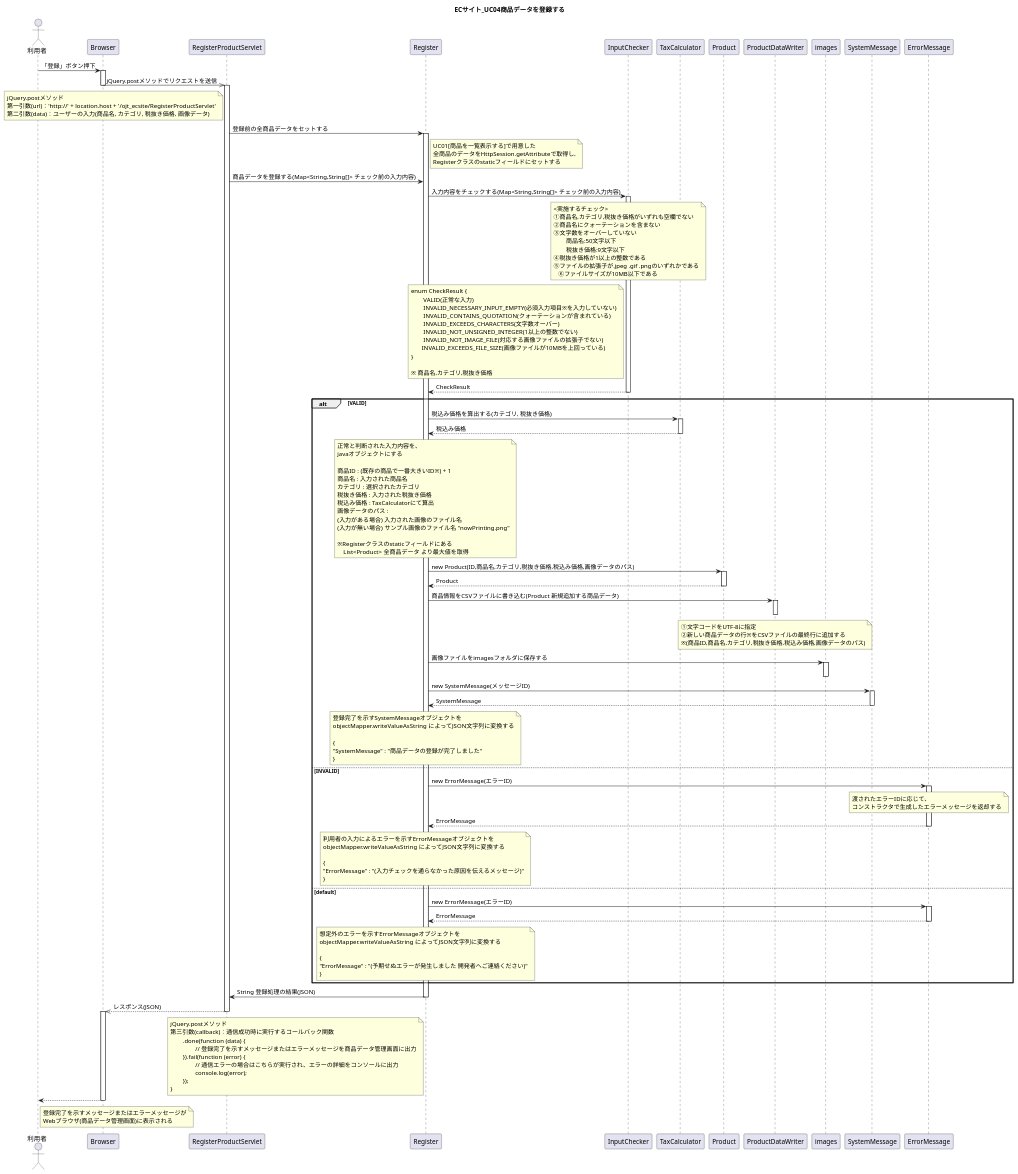
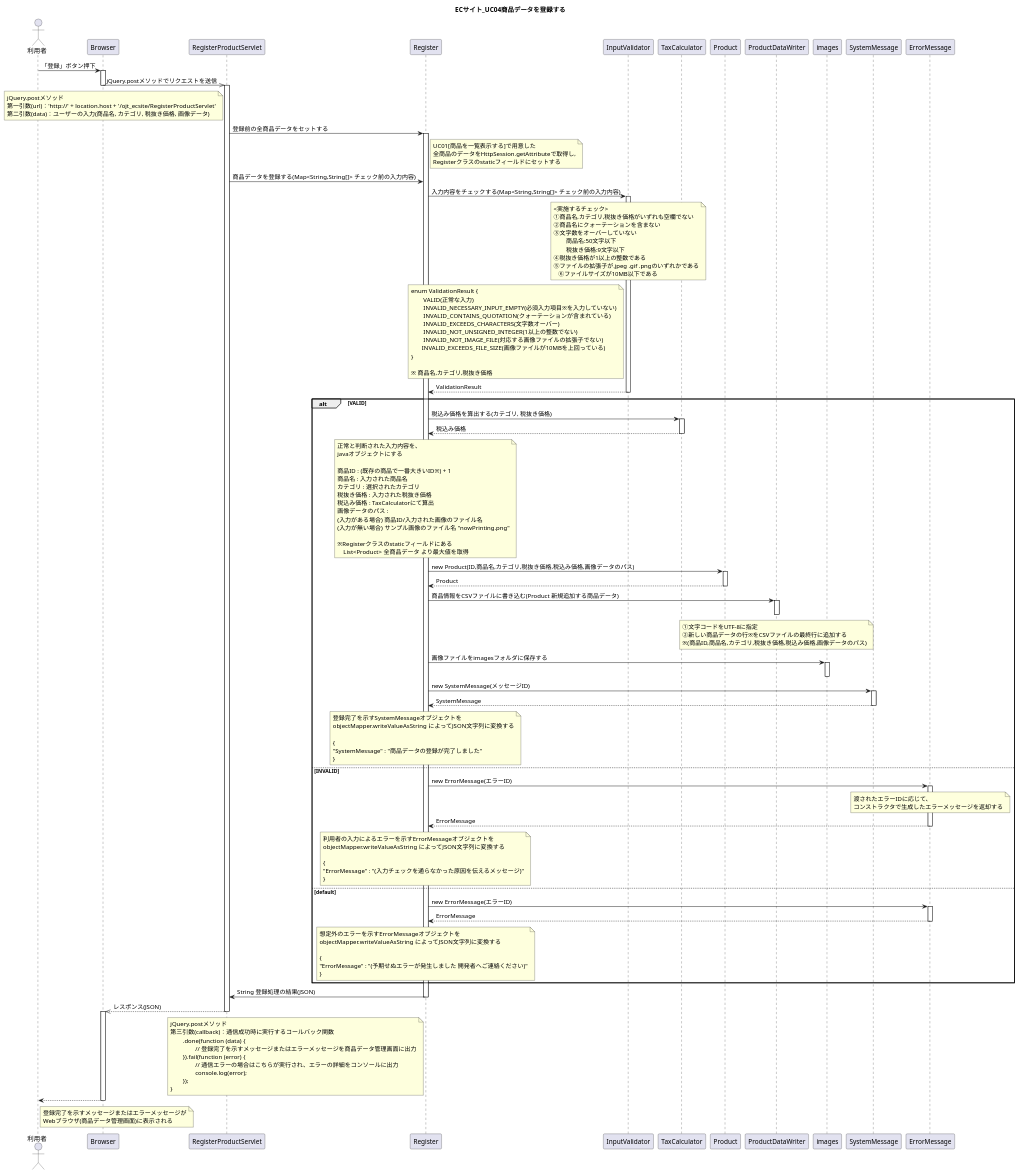
Before and after one commit to wnakayama/ojt_ecsite: the diagram in UML/Sequence04.puml, drawn with PlantUML. The commit also changed 3 other files, not shown here.

```diff
--- a/UML/Sequence04.puml
+++ b/UML/Sequence04.puml
@@ -1,184 +1,184 @@
 @startuml
 title ECサイト_UC04商品データを登録する
 
 actor 利用者
 
 利用者 -> Browser : 「登録」ボタン押下
 activate Browser
 
 Browser ->> RegisterProductServlet : jQuery.postメソッドでリクエストを送信
 deactivate Browser
 activate RegisterProductServlet
 
 	note left of RegisterProductServlet
 	jQuery.postメソッド
 	第一引数(url)：'http://' + location.host + '/ojt_ecsite/RegisterProductServlet'
 	第二引数(data)：ユーザーの入力(商品名, カテゴリ, 税抜き価格, 画像データ)
 	end note
 
 RegisterProductServlet -> Register : 登録前の全商品データをセットする
 activate Register
 	note right of Register
 	UC01[商品を一覧表示する]で用意した
 	全商品のデータをHttpSession.getAttributeで取得し,
 	Registerクラスのstaticフィールドにセットする
 	end note
 
 RegisterProductServlet -> Register : 商品データを登録する(Map<String,String[]> チェック前の入力内容)
-Register -> InputChecker : 入力内容をチェックする(Map<String,String[]> チェック前の入力内容)
-activate InputChecker
+Register -> InputValidator : 入力内容をチェックする(Map<String,String[]> チェック前の入力内容)
+activate InputValidator
 
-	note over InputChecker
+	note over InputValidator
 	<実施するチェック>
 	①商品名,カテゴリ,税抜き価格がいずれも空欄でない
 	②商品名にクォーテーションを含まない
 	③文字数をオーバーしていない
 		商品名:50文字以下
 		税抜き価格:9文字以下
 	④税抜き価格が1以上の整数である
 	⑤ファイルの拡張子が.jpeg .gif .pngのいずれかである
     ⑥ファイルサイズが10MB以下である
 	end note
 
-	note left of InputChecker 
-	enum CheckResult {
+	note left of InputValidator 
+	enum ValidationResult {
 		VALID(正常な入力)
 		INVALID_NECESSARY_INPUT_EMPTY(必須入力項目※を入力していない)
 		INVALID_CONTAINS_QUOTATION(クォーテーションが含まれている)
 		INVALID_EXCEEDS_CHARACTERS(文字数オーバー)
 		INVALID_NOT_UNSIGNED_INTEGER(1以上の整数でない)
 		INVALID_NOT_IMAGE_FILE(対応する画像ファイルの拡張子でない)
         INVALID_EXCEEDS_FILE_SIZE(画像ファイルが10MBを上回っている)
 	}
 
 	※ 商品名,カテゴリ,税抜き価格
 	end note
 
-Register <-- InputChecker : CheckResult
-deactivate InputChecker
+Register <-- InputValidator : ValidationResult
+deactivate InputValidator
 
 
 alt VALID
 
 Register -> TaxCalculator : 税込み価格を算出する(カテゴリ, 税抜き価格)
 activate TaxCalculator
 Register <-- TaxCalculator : 税込み価格
 deactivate TaxCalculator
 
 	note over Register
 	正常と判断された入力内容を、
 	javaオブジェクトにする
 
 	商品ID : (既存の商品で一番大きいID※) + 1
 	商品名 : 入力された商品名
 	カテゴリ : 選択されたカテゴリ
 	税抜き価格 : 入力された税抜き価格
 	税込み価格 : TaxCalculatorにて算出
 	画像データのパス : 
-	(入力がある場合) 入力された画像のファイル名
+	(入力がある場合) 商品ID/入力された画像のファイル名
 	(入力が無い場合) サンプル画像のファイル名 "nowPrinting.png"
 
 	※Registerクラスのstaticフィールドにある
 	　List<Product> 全商品データ より最大値を取得
 	end note
 
 Register -> Product : new Product(ID,商品名,カテゴリ,税抜き価格,税込み価格,画像データのパス)
 activate Product
 Register <-- Product : Product
 deactivate Product
 
 Register -> ProductDataWriter : 商品情報をCSVファイルに書き込む(Product 新規追加する商品データ)
 activate ProductDataWriter
 	note over ProductDataWriter
 	①文字コードをUTF-8に指定
 	②新しい商品データの行※をCSVファイルの最終行に追加する
 	※(商品ID,商品名,カテゴリ,税抜き価格,税込み価格,画像データのパス)
 	end note
 deactivate ProductDataWriter
 
 Register -> images : 画像ファイルをimagesフォルダに保存する
 activate images
 deactivate images
 
 Register -> SystemMessage : new SystemMessage(メッセージID)
 activate SystemMessage
 Register <-- SystemMessage : SystemMessage
 deactivate SystemMessage
 
 	note over Register
 	登録完了を示すSystemMessageオブジェクトを
 	objectMapper.writeValueAsString によってJSON文字列に変換する
 
 	{
 	"SystemMessage" : "商品データの登録が完了しました"
 	}
 	end note
 
 else INVALID
 
 Register -> ErrorMessage : new ErrorMessage(エラーID)
 activate ErrorMessage
 
 	note over ErrorMessage
 	渡されたエラーIDに応じて、
 	コンストラクタで生成したエラーメッセージを返却する
 	end note
 
 Register <-- ErrorMessage : ErrorMessage
 deactivate ErrorMessage
 
 	note over Register
 	利用者の入力によるエラーを示すErrorMessageオブジェクトを
 	objectMapper.writeValueAsString によってJSON文字列に変換する
 
 	{
 	"ErrorMessage" : "(入力チェックを通らなかった原因を伝えるメッセージ)"
 	}
 	end note
 
 else default
 
 Register -> ErrorMessage : new ErrorMessage(エラーID)
 activate ErrorMessage
 Register <-- ErrorMessage : ErrorMessage
 deactivate ErrorMessage
 
 	note over Register
 	想定外のエラーを示すErrorMessageオブジェクトを
 	objectMapper.writeValueAsString によってJSON文字列に変換する
 
 	{
 	"ErrorMessage" : "(予期せぬエラーが発生しました 開発者へご連絡ください)"
 	}
 	end note
 
 end
 
 RegisterProductServlet <- Register : String 登録処理の結果(JSON)
 deactivate Register
 Browser <<-- RegisterProductServlet : レスポンス(JSON)
 deactivate RegisterProductServlet
 activate Browser
 
 	note left of Register
 	jQuery.postメソッド
 	第三引数(callback)：通信成功時に実行するコールバック関数
 		.done(function (data) {
 			// 登録完了を示すメッセージまたはエラーメッセージを商品データ管理画面に出力
 		}).fail(function (error) {
 			// 通信エラーの場合はこちらが実行され、エラーの詳細をコンソールに出力
 			console.log(error);
 		});
 	}
 	end note
 
 
 利用者 <-- Browser
 	note right of 利用者
 	登録完了を示すメッセージまたはエラーメッセージが
 	Webブラウザ(商品データ管理画面)に表示される
 	end note
 
 deactivate Browser
 
 @enduml
```
